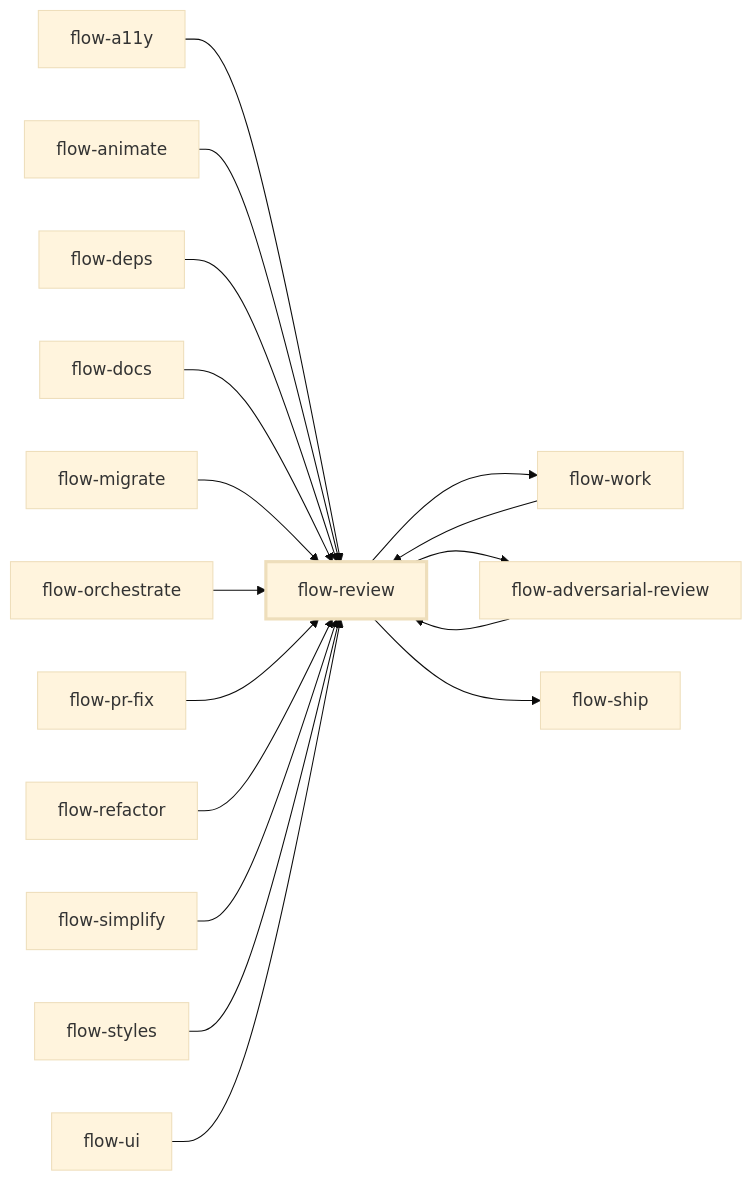
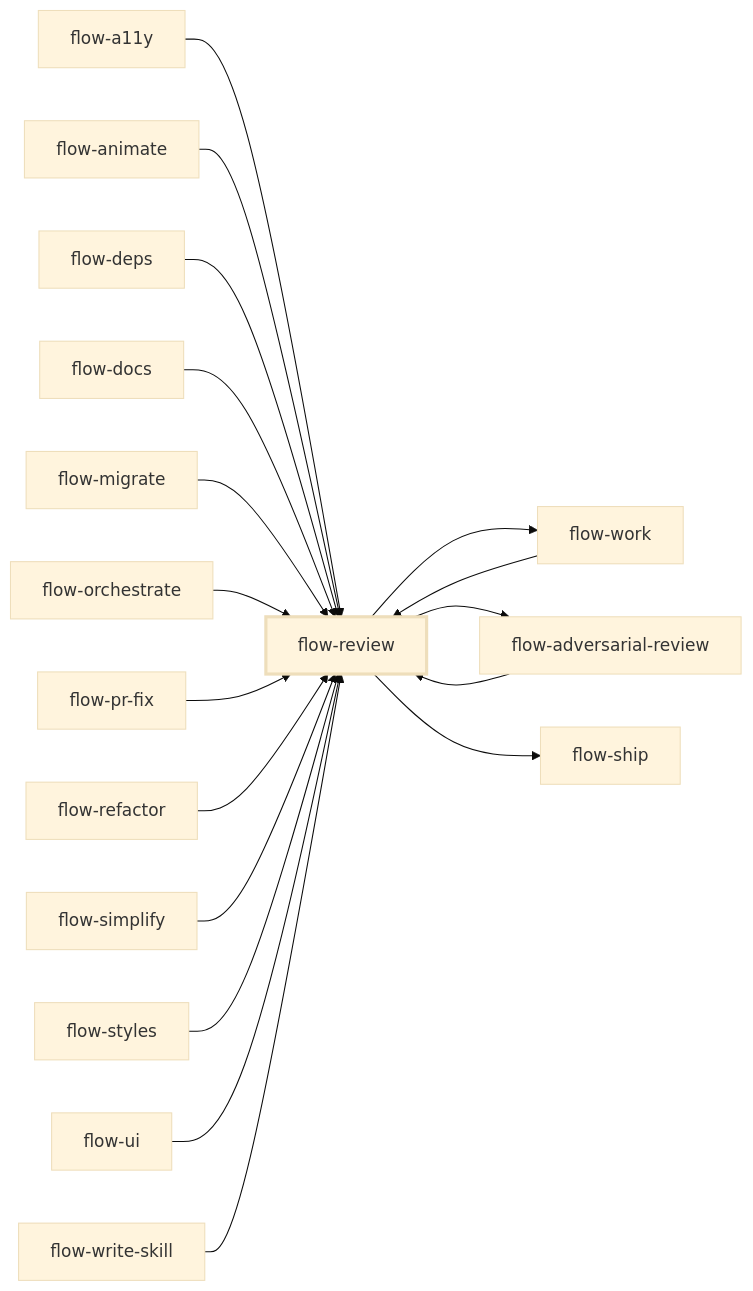
The diagram in docs/skills/flow-review.md (emiliodominguez/flow-skills), drawn with Mermaid (base theme) before and after one commit. The commit also changed other lines of this file and 76 other files, not shown here.

First line of the commit message:
feat(skills): add flow-api, flow-observe and flow-write-skill; trigger-first descriptions

````diff
--- a/docs/skills/flow-review.md
+++ b/docs/skills/flow-review.md
@@ -9,36 +9,38 @@
 ```mermaid
 flowchart LR
   flow_review["flow-review"]
   flow_a11y["flow-a11y"]
   flow_adversarial_review["flow-adversarial-review"]
   flow_animate["flow-animate"]
   flow_deps["flow-deps"]
   flow_docs["flow-docs"]
   flow_migrate["flow-migrate"]
   flow_orchestrate["flow-orchestrate"]
   flow_pr_fix["flow-pr-fix"]
   flow_refactor["flow-refactor"]
   flow_simplify["flow-simplify"]
   flow_styles["flow-styles"]
   flow_ui["flow-ui"]
   flow_work["flow-work"]
+  flow_write_skill["flow-write-skill"]
   flow_ship["flow-ship"]
   flow_a11y --> flow_review
   flow_adversarial_review --> flow_review
   flow_animate --> flow_review
   flow_deps --> flow_review
   flow_docs --> flow_review
   flow_migrate --> flow_review
   flow_orchestrate --> flow_review
   flow_pr_fix --> flow_review
   flow_refactor --> flow_review
   flow_simplify --> flow_review
   flow_styles --> flow_review
   flow_ui --> flow_review
   flow_work --> flow_review
+  flow_write_skill --> flow_review
   flow_review --> flow_work
   flow_review --> flow_adversarial_review
   flow_review --> flow_ship
   classDef focus stroke-width:3px
   class flow_review focus
 ```
````
